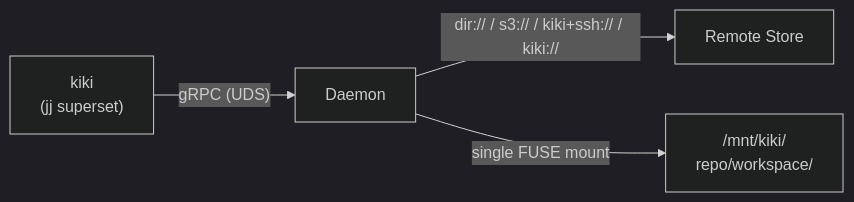
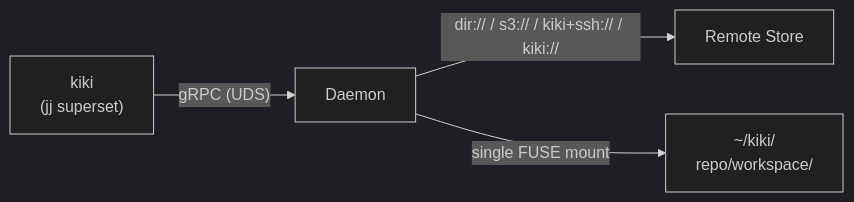
One commit to ahimsalabs/kiki changed the diagram in docs/USER_GUIDE.md. Above: the diagram before and after it, drawn with Mermaid (dark theme). The commit also changed other lines of this file and 5 other files, not shown here.

````diff
--- a/docs/USER_GUIDE.md
+++ b/docs/USER_GUIDE.md
@@ -15,6 +15,6 @@
 ```mermaid
 graph LR
     CLI["kiki<br/>(jj superset)"] -- "gRPC (UDS)" --> Daemon
     Daemon -- "dir:// / s3:// / kiki+ssh:// / kiki://" --> Remote["Remote Store"]
-    Daemon -- "single FUSE mount" --> VFS["/mnt/kiki/<br/>repo/workspace/"]
+    Daemon -- "single FUSE mount" --> VFS["~/kiki/<br/>repo/workspace/"]
 ```
````
